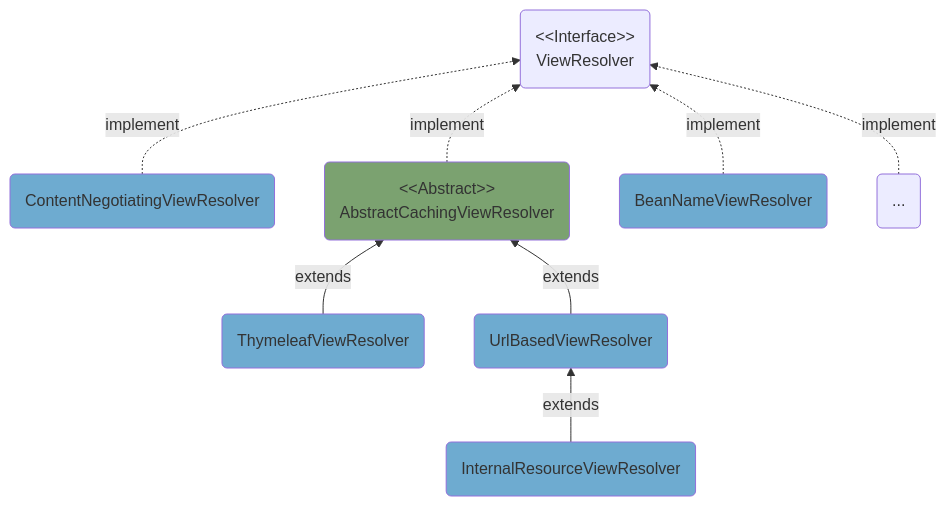
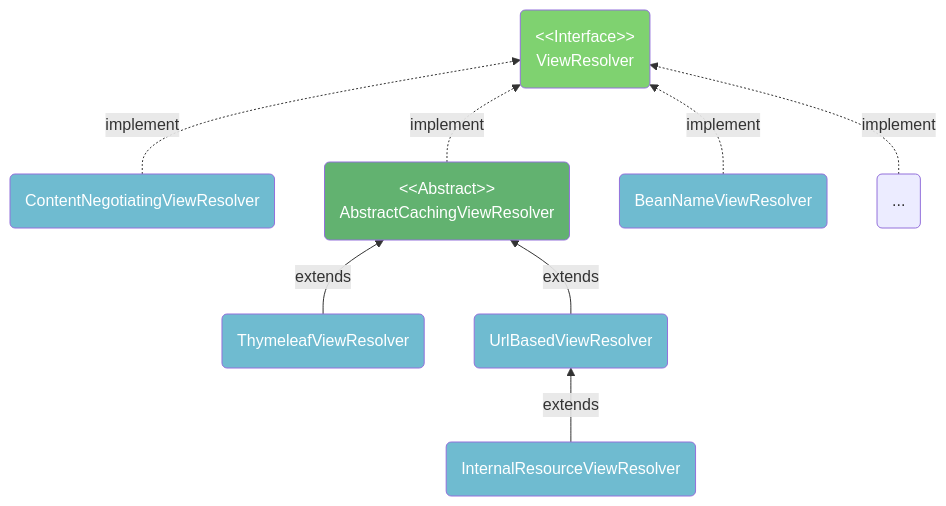
Diagram 25 of 42 in DevTech/Spring.md (domeniczz/learnJavaDev), drawn with Mermaid before and after one commit. The commit also changed other lines of this file and 6 other files, not shown here.

````diff
--- a/DevTech/Spring.md
+++ b/DevTech/Spring.md
@@ -7057,10 +7164,11 @@
 ```mermaid
 flowchart BT
-  A("ContentNegotiatingViewResolver"):::sclass -."implement".-> I("&lt;&lt;Interface&gt;&gt;<br/>ViewResolver")
+  A("ContentNegotiatingViewResolver"):::sclass -."implement".-> I("&lt;&lt;Interface&gt;&gt;<br/>ViewResolver"):::iclass
   C("ThymeleafViewResolver"):::sclass --"extends"--> B("&lt;&lt;Abstract&gt;&gt;<br/>AbstractCachingViewResolver"):::aclass -."implement".-> I
   E("InternalResourceViewResolver"):::sclass --"extends"--> D("UrlBasedViewResolver"):::sclass --"extends"--> B
   F("BeanNameViewResolver"):::sclass -."implement".-> I
   G("...") -."implement".-> I
-  classDef sclass fill:#6eabd0;
-  classDef aclass fill:#7BA270;
+  classDef sclass fill:#6FBBD0,color:white;
+  classDef iclass fill:#7FD270,color:white;
+  classDef aclass fill:#62B270,color:white;
 ```
````
